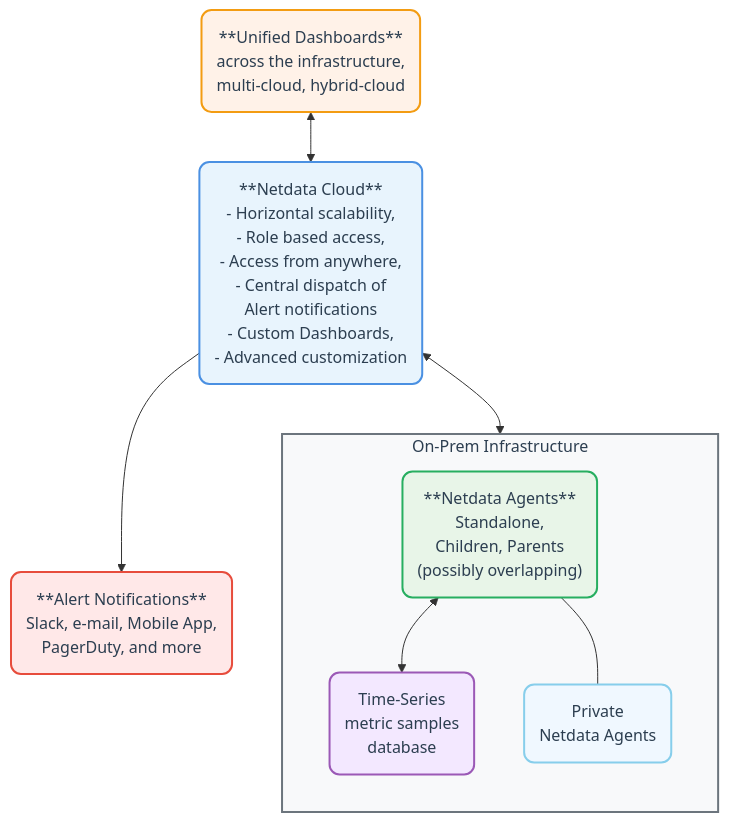
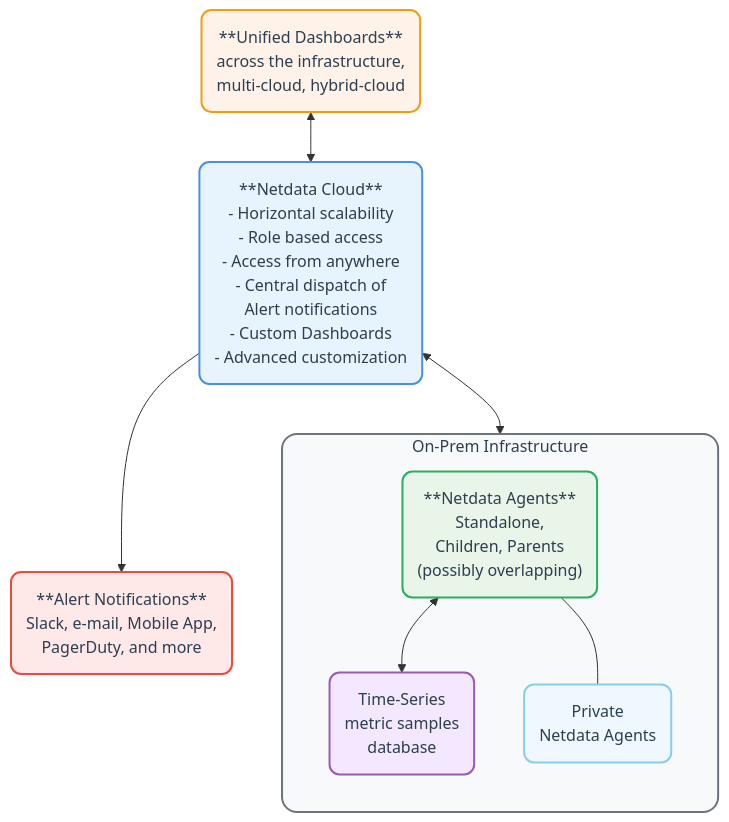
The diagram in docs/netdata-cloud/README.md (netdata/netdata), drawn with Mermaid before and after one commit. The commit also changed other lines of this file and 7 other files, not shown here.

````diff
--- a/docs/netdata-cloud/README.md
+++ b/docs/netdata-cloud/README.md
@@ -19,50 +19,65 @@
 ```mermaid
 flowchart TB
-    NC("**Netdata Cloud**
-          - Horizontal scalability,
-          - Role based access,
-          - Access from anywhere,
-          - Central dispatch of <br/>Alert notifications
-          - Custom Dashboards,
-          - Advanced customization
-          ")
-    Users("**Unified Dashboards**
-            across the infrastructure,
-            multi-cloud, hybrid-cloud")
-    Notifications("**Alert Notifications**
-                    Slack, e-mail, Mobile App,
-                    PagerDuty, and more")
-    Users <--> NC
-    NC --> Notifications
-    subgraph infrastructure["On-Prem Infrastructure"]
-        direction TB
-        Agents("**Netdata Agents**
-                Standalone,
-                Children, Parents
-                (possibly overlapping)")
-        TimeSeries("Time-Series
-                    metric samples
-                    database")
-        PrivateAgents("Private
-                        Netdata Agents")
-        Agents <--> TimeSeries
-        Agents --- PrivateAgents
-    end
-    NC <--> Agents
-    
-    classDef cloud fill:#e8f4fd,stroke:#4a90e2,stroke-width:2px,color:#2c3e50,rx:10,ry:10
-    classDef users fill:#fff2e8,stroke:#f39c12,stroke-width:2px,color:#2c3e50,rx:10,ry:10
-    classDef notifications fill:#ffe8e8,stroke:#e74c3c,stroke-width:2px,color:#2c3e50,rx:10,ry:10
-    classDef agents fill:#e8f5e8,stroke:#27ae60,stroke-width:2px,color:#2c3e50,rx:10,ry:10
-    classDef timeseries fill:#f3e8ff,stroke:#9b59b6,stroke-width:2px,color:#2c3e50,rx:10,ry:10
-    classDef private fill:#f0f8ff,stroke:#87ceeb,stroke-width:2px,color:#2c3e50,rx:10,ry:10
-    classDef subgraphStyle fill:#f8f9fa,stroke:#6c757d,stroke-width:2px,color:#2c3e50
-    
-    class NC cloud
-    class Users users
-    class Notifications notifications
-    class Agents agents
-    class TimeSeries timeseries
-    class PrivateAgents private
-    class infrastructure subgraphStyle
+   NC[NC]
+   Users[Users]
+   Notifications[Notifications]
+
+   NC("**Netdata Cloud**
+- Horizontal scalability
+- Role based access
+- Access from anywhere
+- Central dispatch of<br/>Alert notifications
+- Custom Dashboards
+- Advanced customization")
+
+Users("**Unified Dashboards**
+across the infrastructure,
+multi-cloud, hybrid-cloud")
+
+Notifications("**Alert Notifications**
+Slack, e-mail, Mobile App,
+PagerDuty, and more")
+
+Users <--> NC
+NC --> Notifications
+
+subgraph infrastructure["On-Prem Infrastructure"]
+direction TB
+Agents[Agents]
+TimeSeries[TimeSeries]
+PrivateAgents[PrivateAgents]
+
+Agents("**Netdata Agents**
+Standalone,
+Children, Parents
+(possibly overlapping)")
+
+TimeSeries("Time-Series
+metric samples
+database")
+
+PrivateAgents("Private
+Netdata Agents")
+
+Agents <--> TimeSeries
+Agents --- PrivateAgents
+end
+
+NC <--> Agents
+
+classDef cloud fill: #e8f4fd, stroke: #4a90e2, stroke-width: 2px, color: #2c3e50, rx: 10, ry: 10
+classDef users fill: #fff2e8, stroke: #f39c12, stroke-width: 2px, color: #2c3e50, rx: 10, ry: 10
+classDef notifications fill: #ffe8e8, stroke: #e74c3c, stroke-width: 2px, color: #2c3e50, rx: 10, ry: 10
+classDef agents fill: #e8f5e8, stroke: #27ae60, stroke-width: 2px, color: #2c3e50, rx: 10, ry: 10
+classDef timeseries fill: #f3e8ff, stroke: #9b59b6, stroke-width: 2px, color: #2c3e50, rx: 10, ry: 10
+classDef private fill: #f0f8ff, stroke: #87ceeb, stroke-width: 2px, color: #2c3e50, rx: 10, ry: 10
+classDef subgraphStyle fill: #f8f9fa, stroke: #6c757d, stroke-width: 2px, color: #2c3e50, rx: 15, ry: 15
+
+class NC cloud
+class Users users
+class Notifications notifications
+class Agents agents
+class TimeSeries timeseries
+class PrivateAgents private
+class infrastructure subgraphStyle
 ```
````
